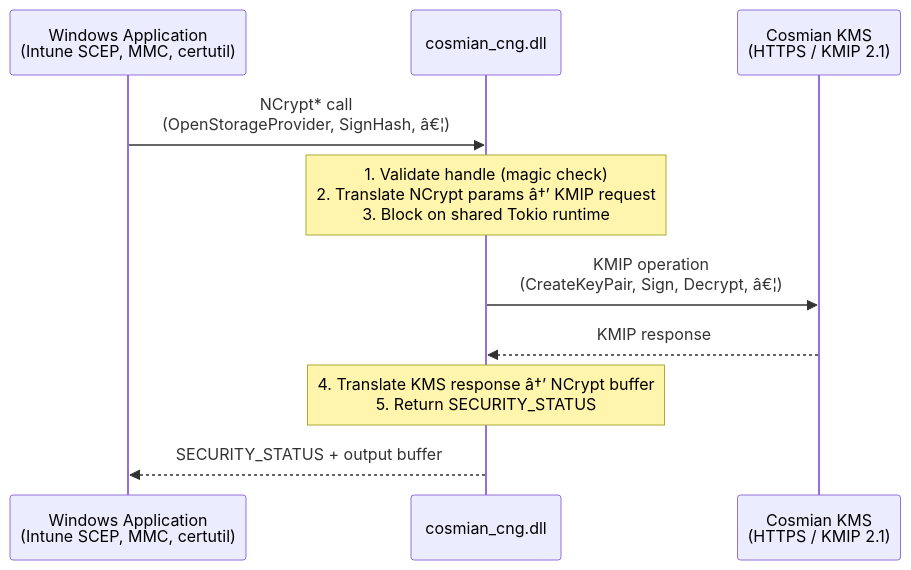
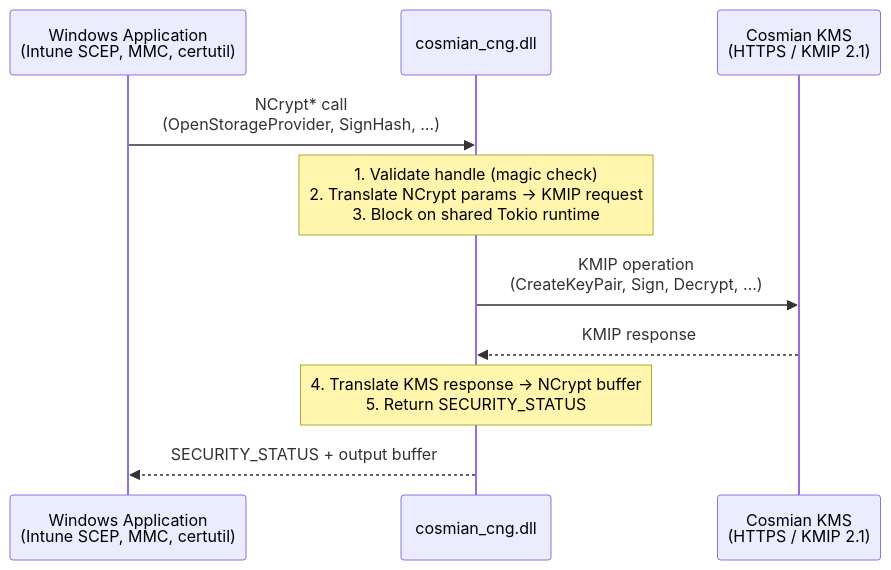
The second of 7 diagrams in documentation/docs/integrations/cloud_providers/microsoft/windows_cng_ksp.md (Cosmian/kms), drawn with Mermaid before and after one commit. The commit also changed other lines of this file, not shown here.

````diff
--- a/documentation/docs/integrations/cloud_providers/microsoft/windows_cng_ksp.md
+++ b/documentation/docs/integrations/cloud_providers/microsoft/windows_cng_ksp.md
@@ -125,13 +125,13 @@
 ```mermaid
 sequenceDiagram
     participant App as Windows Application<br/>(Intune SCEP, MMC, certutil)
     participant DLL as cosmian_cng.dll
     participant KMS as Cosmian KMS<br/>(HTTPS / KMIP 2.1)
 
-    App->>DLL: NCrypt* call<br/>(OpenStorageProvider, SignHash, â€¦)
-    Note over DLL: 1. Validate handle (magic check)<br/>2. Translate NCrypt params â†’ KMIP request<br/>3. Block on shared Tokio runtime
-    DLL->>KMS: KMIP operation<br/>(CreateKeyPair, Sign, Decrypt, â€¦)
+    App->>DLL: NCrypt* call<br/>(OpenStorageProvider, SignHash, …)
+    Note over DLL: 1. Validate handle (magic check)<br/>2. Translate NCrypt params → KMIP request<br/>3. Block on shared Tokio runtime
+    DLL->>KMS: KMIP operation<br/>(CreateKeyPair, Sign, Decrypt, …)
     KMS-->>DLL: KMIP response
-    Note over DLL: 4. Translate KMS response â†’ NCrypt buffer<br/>5. Return SECURITY_STATUS
+    Note over DLL: 4. Translate KMS response → NCrypt buffer<br/>5. Return SECURITY_STATUS
     DLL-->>App: SECURITY_STATUS + output buffer
 ```
````
